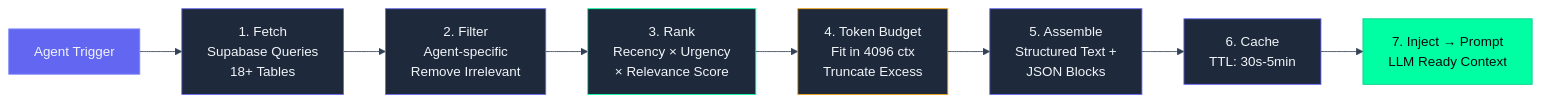
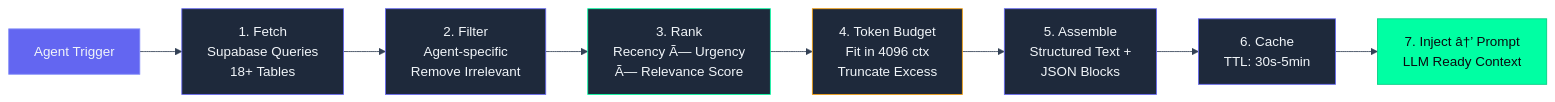
The diagram in docs/ai/ContextEngine.md (rohitkumarnaidu/ARIA-OS---SecondBrain-), drawn with Mermaid before and after one commit. The commit also changed other lines of this file and 9 other files, not shown here.

````diff
--- a/docs/ai/ContextEngine.md
+++ b/docs/ai/ContextEngine.md
@@ -89,20 +89,20 @@
 ```mermaid
 %%{init: {'theme': 'base', 'themeVariables': { 'background': '#0A0B0F', 'primaryColor': '#6366F1', 'secondaryColor': '#00FFA3', 'tertiaryColor': '#1E293B', 'primaryTextColor': '#F1F5F9', 'secondaryTextColor': '#94A3B8', 'lineColor': '#334155', 'fontFamily': 'DM Sans' }}}%%
 flowchart LR
     Agent["Agent Trigger"] --> Fetch["1. Fetch<br/>Supabase Queries<br/>18+ Tables"]
     Fetch --> Filter["2. Filter<br/>Agent-specific<br/>Remove Irrelevant"]
-    Filter --> Rank["3. Rank<br/>Recency × Urgency<br/>× Relevance Score"]
+    Filter --> Rank["3. Rank<br/>Recency Ã— Urgency<br/>Ã— Relevance Score"]
     Rank --> Budget["4. Token Budget<br/>Fit in 4096 ctx<br/>Truncate Excess"]
     Budget --> Assemble["5. Assemble<br/>Structured Text +<br/>JSON Blocks"]
     Assemble --> Cache["6. Cache<br/>TTL: 30s-5min"]
-    Cache --> Inject["7. Inject → Prompt<br/>LLM Ready Context"]
+    Cache --> Inject["7. Inject â†’ Prompt<br/>LLM Ready Context"]
 
     style Agent fill:#6366F1,stroke:#818CF8,color:#F1F5F9
     style Fetch fill:#1E293B,stroke:#6366F1,color:#F1F5F9
     style Filter fill:#1E293B,stroke:#6366F1,color:#F1F5F9
     style Rank fill:#1E293B,stroke:#00FFA3,color:#F1F5F9
     style Budget fill:#1E293B,stroke:#F59E0B,color:#F1F5F9
     style Assemble fill:#1E293B,stroke:#6366F1,color:#F1F5F9
     style Cache fill:#1E293B,stroke:#6366F1,color:#F1F5F9
     style Inject fill:#00FFA3,stroke:#00CC82,color:#0A0B0F
 ```
````
